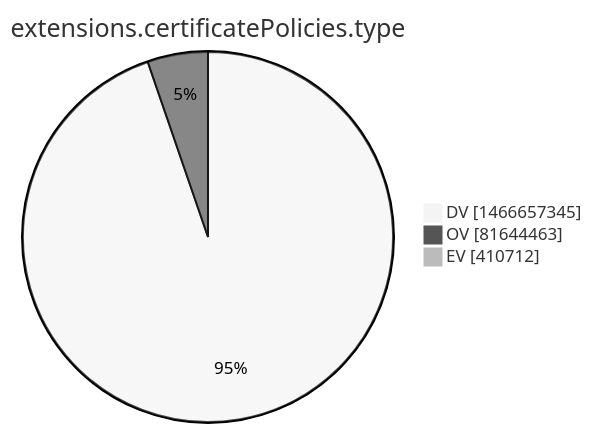
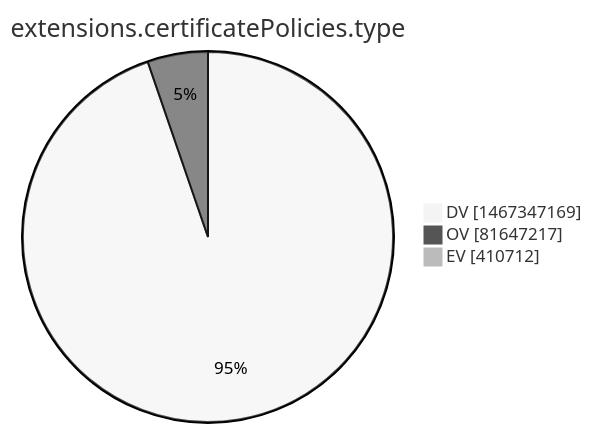
One commit to christiankrug/ctmonitor_visualization changed the tenth of 15 diagrams in xenon2022/README.md. Above: the diagram before and after it, drawn with Mermaid (neutral theme). The commit also changed other lines of this file, not shown here.

````diff
--- a/xenon2022/README.md
+++ b/xenon2022/README.md
@@ -2872,7 +2872,7 @@
 ```mermaid
 pie showData
 title extensions.certificatePolicies.type
-"DV" :1466657345
-"OV" :81644463
+"DV" :1467347169
+"OV" :81647217
 "EV" :410712
 ```
````
